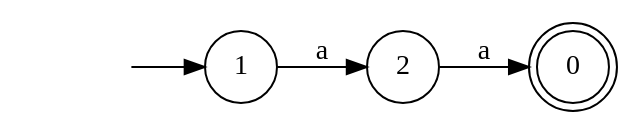
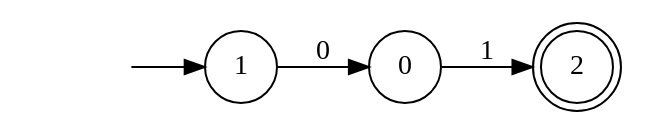
One commit to Faymiaouent/Automa4U changed the diagram in dotfiles/DFA3.dot. Above: the diagram before and after it, drawn with Graphviz. The commit also changed 86 other files, not shown here.

```diff
--- a/dotfiles/DFA3.dot
+++ b/dotfiles/DFA3.dot
@@ -1,10 +1,10 @@
 digraph Automaton {
   rankdir = LR;
-0 [shape=doublecircle]; 
+node [shape=circle];
+  0 -> 2 [label="1"];
 node [shape=circle];
   initial [shape=plaintext,label=""];
   initial -> 1
-  1 -> 2 [label="a"];
-node [shape=circle];
-  2 -> 0 [label="a"];
+  1 -> 0 [label="0"];
+2 [shape=doublecircle]; 
 }
```
